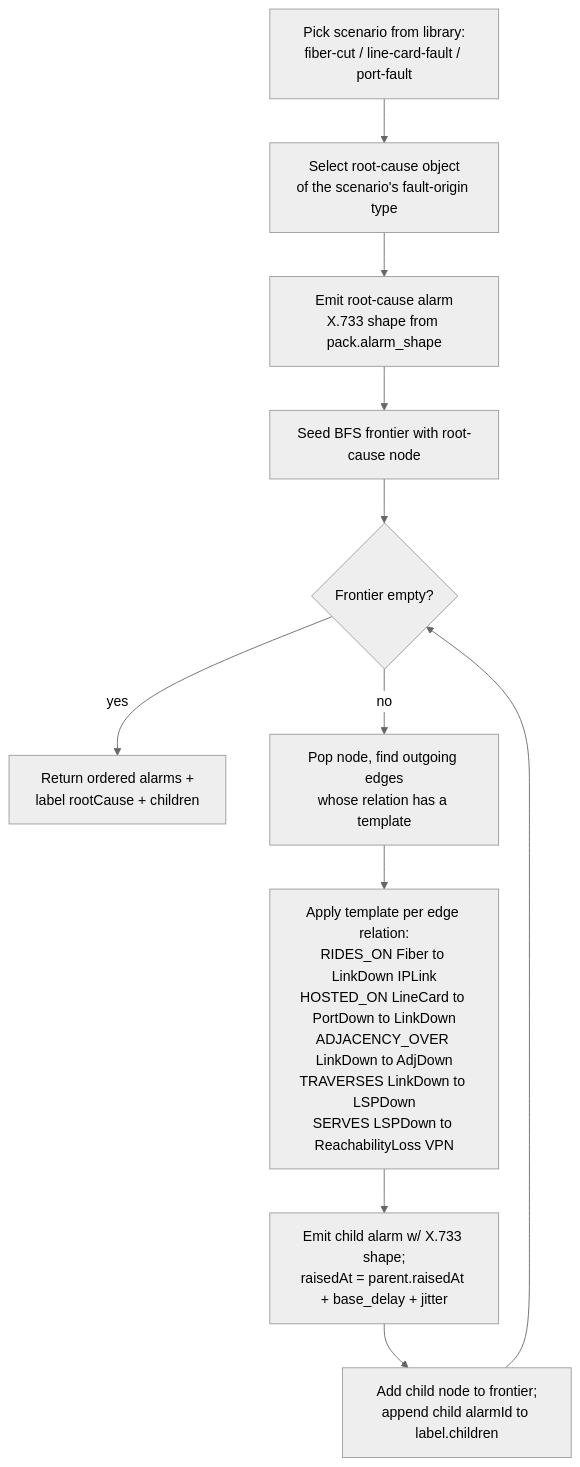
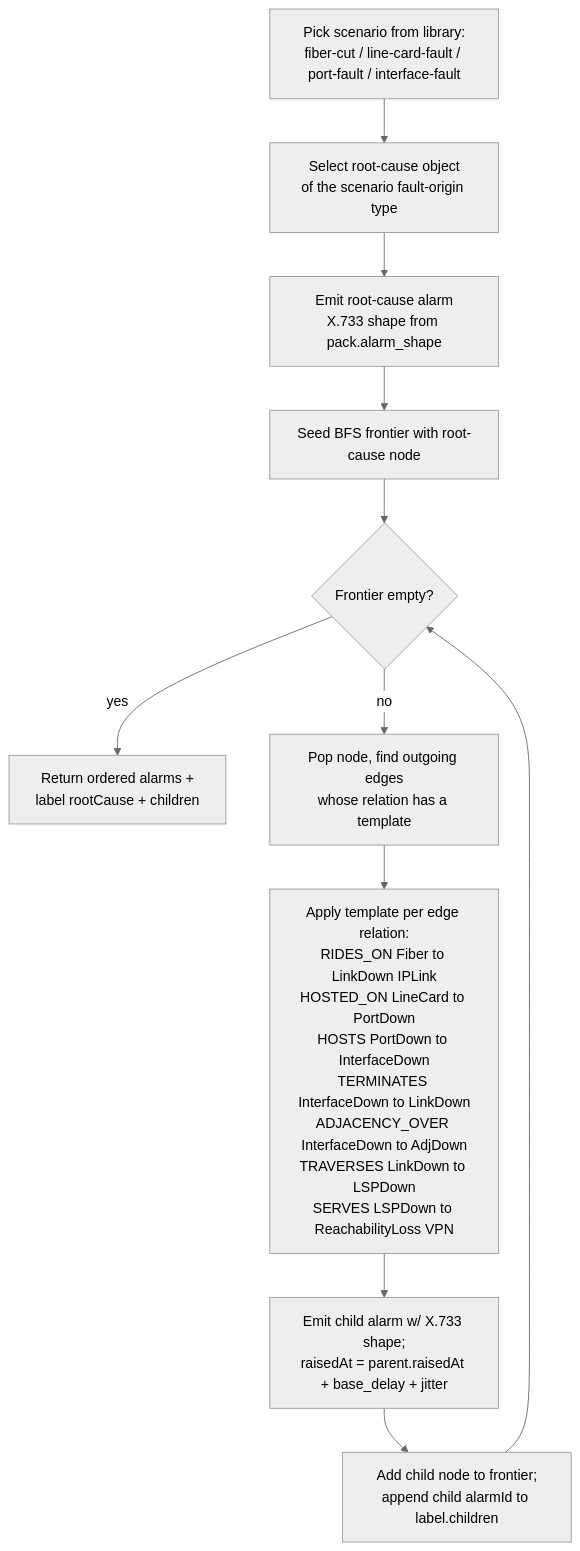
One commit to nikhilmohan/correlation-platform changed the sixth of 9 diagrams in services/simulator/design.md. Above: the diagram before and after it, drawn with Mermaid (neutral theme). The commit also changed other lines of this file, not shown here.

Commit message:
design(simulator): generate Interface nodes + HOSTS/TERMINATES + interface-fault scenario

````diff
--- a/services/simulator/design.md
+++ b/services/simulator/design.md
@@ -432,13 +444,13 @@
 ```mermaid
 flowchart TD
-  A[Pick scenario from library:<br/>fiber-cut / line-card-fault / port-fault] --> B[Select root-cause object<br/>of the scenario's fault-origin type]
+  A[Pick scenario from library:<br/>fiber-cut / line-card-fault / port-fault / interface-fault] --> B[Select root-cause object<br/>of the scenario fault-origin type]
   B --> C[Emit root-cause alarm<br/>X.733 shape from pack.alarm_shape]
   C --> D[Seed BFS frontier with root-cause node]
   D --> E{Frontier empty?}
   E -- yes --> Z[Return ordered alarms +<br/>label rootCause + children]
   E -- no --> F[Pop node, find outgoing edges<br/>whose relation has a template]
-  F --> G[Apply template per edge relation:<br/>RIDES_ON Fiber to LinkDown IPLink<br/>HOSTED_ON LineCard to PortDown to LinkDown<br/>ADJACENCY_OVER LinkDown to AdjDown<br/>TRAVERSES LinkDown to LSPDown<br/>SERVES LSPDown to ReachabilityLoss VPN]
+  F --> G[Apply template per edge relation:<br/>RIDES_ON Fiber to LinkDown IPLink<br/>HOSTED_ON LineCard to PortDown<br/>HOSTS PortDown to InterfaceDown<br/>TERMINATES InterfaceDown to LinkDown<br/>ADJACENCY_OVER InterfaceDown to AdjDown<br/>TRAVERSES LinkDown to LSPDown<br/>SERVES LSPDown to ReachabilityLoss VPN]
   G --> H[Emit child alarm w/ X.733 shape;<br/>raisedAt = parent.raisedAt + base_delay + jitter]
   H --> I[Add child node to frontier;<br/>append child alarmId to label.children]
   I --> E
 ```
````
